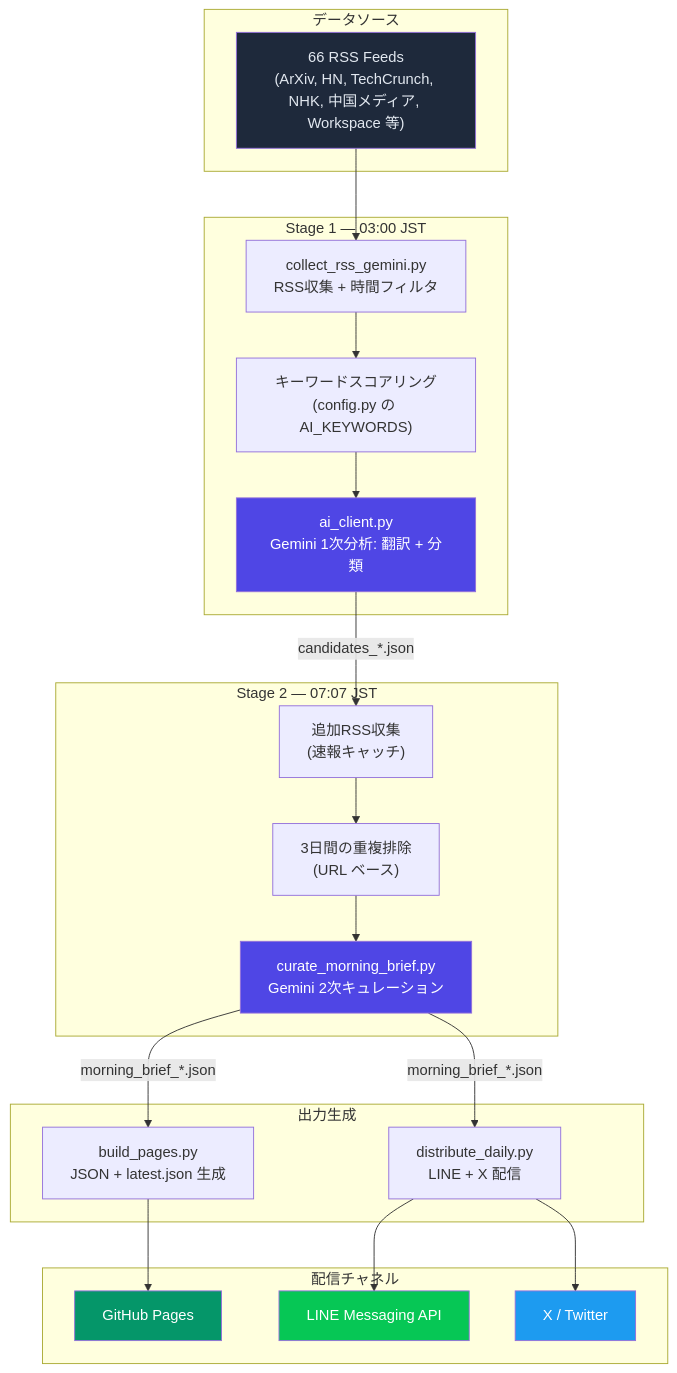
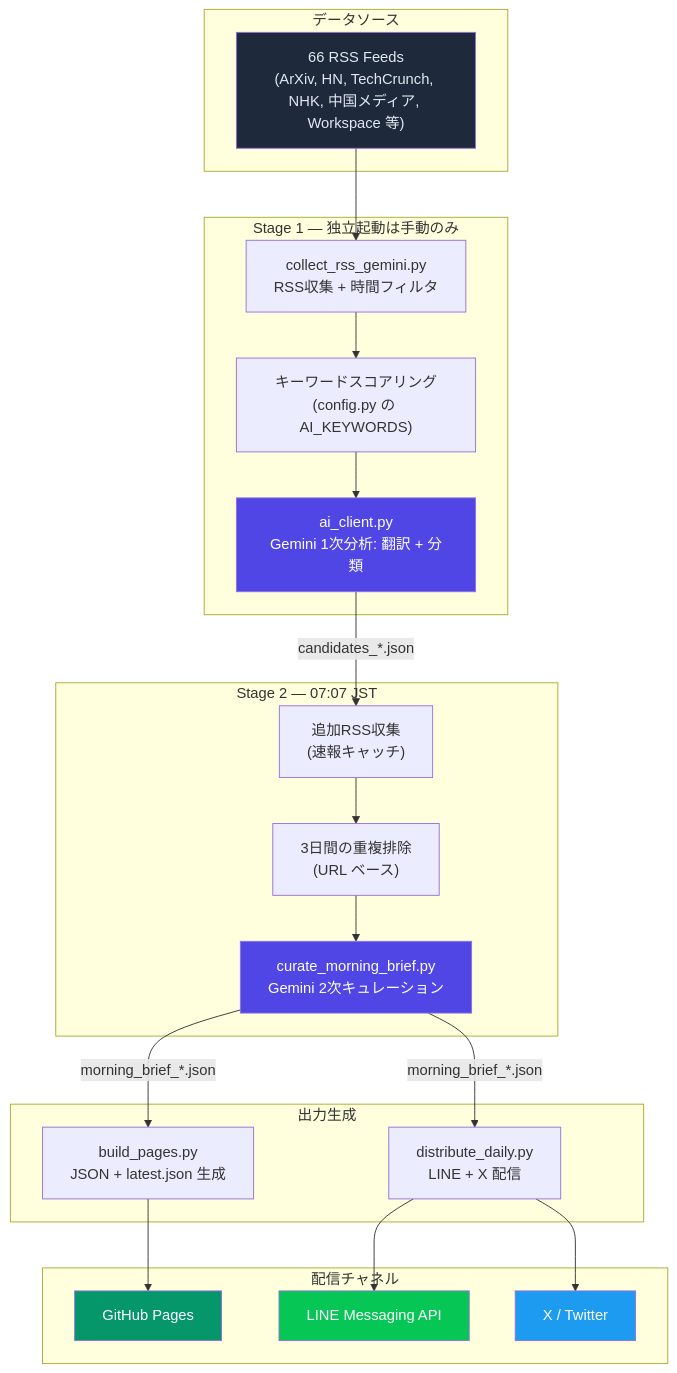
The diagram in README.md (TadFuji/ai-news-bot), drawn with Mermaid before and after one commit. The commit also changed other lines of this file and 7 other files, not shown here.

````diff
--- a/README.md
+++ b/README.md
@@ -70,45 +72,45 @@
 ```mermaid
 graph TD
     subgraph "データソース"
         RSS["66 RSS Feeds<br/>(ArXiv, HN, TechCrunch, NHK, 中国メディア, Workspace 等)"]
     end
 
-    subgraph "Stage 1 — 03:00 JST"
+    subgraph "Stage 1 — 独立起動は手動のみ"
         COLLECT["collect_rss_gemini.py<br/>RSS収集 + 時間フィルタ"]
         SCORE["キーワードスコアリング<br/>(config.py の AI_KEYWORDS)"]
         GEMINI1["ai_client.py<br/>Gemini 1次分析: 翻訳 + 分類"]
     end
 
     subgraph "Stage 2 — 07:07 JST"
         FRESH["追加RSS収集<br/>(速報キャッチ)"]
         DEDUP["3日間の重複排除<br/>(URL ベース)"]
         GEMINI2["curate_morning_brief.py<br/>Gemini 2次キュレーション"]
     end
 
     subgraph "出力生成"
         BUILD["build_pages.py<br/>JSON + latest.json 生成"]
         DIST["distribute_daily.py<br/>LINE + X 配信"]
     end
 
     subgraph "配信チャネル"
         WEB["GitHub Pages"]
         LINE["LINE Messaging API"]
         X["X / Twitter"]
     end
 
     RSS --> COLLECT --> SCORE --> GEMINI1
     GEMINI1 -->|"candidates_*.json"| FRESH
     FRESH --> DEDUP --> GEMINI2
     GEMINI2 -->|"morning_brief_*.json"| BUILD
     GEMINI2 -->|"morning_brief_*.json"| DIST
     BUILD --> WEB
     DIST --> LINE
     DIST --> X
 
     style RSS fill:#1e293b,color:#e2e8f0
     style GEMINI1 fill:#4f46e5,color:#fff
     style GEMINI2 fill:#4f46e5,color:#fff
     style WEB fill:#059669,color:#fff
     style LINE fill:#06c755,color:#fff
     style X fill:#1d9bf0,color:#fff
 ```
````
